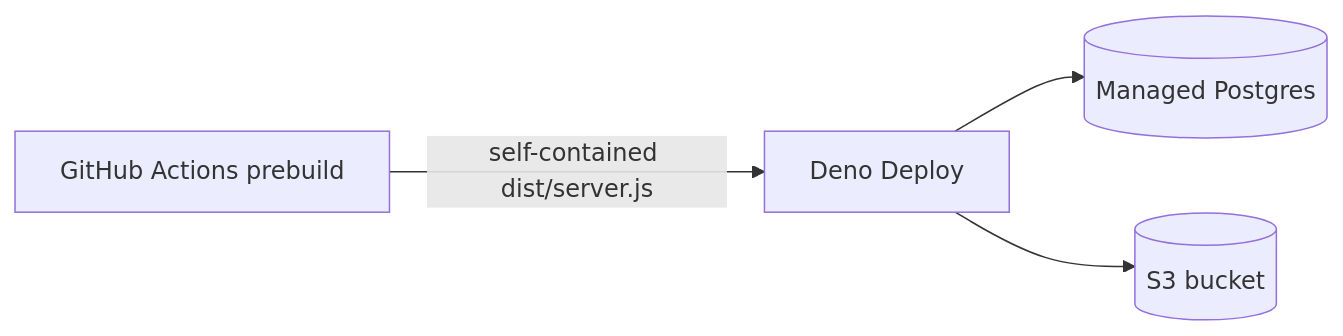
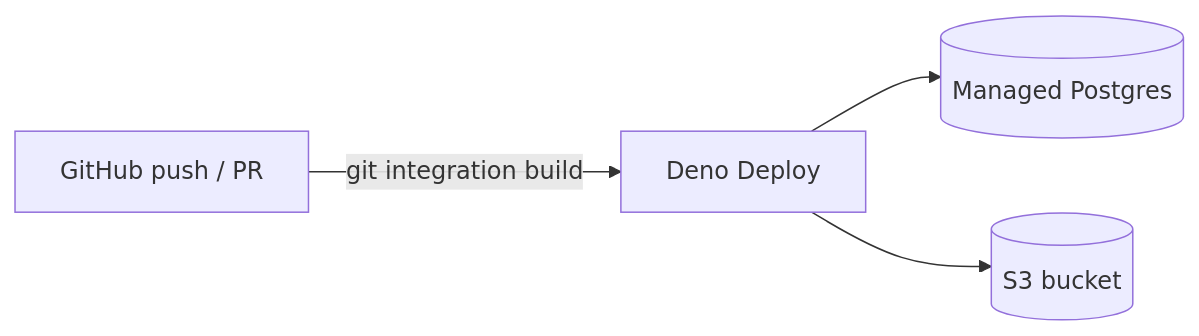
The diagram in packages/api-node/README.md (tojemoc/vmp), drawn with Mermaid before and after one commit. The commit also changed other lines of this file and 7 other files, not shown here.

````diff
--- a/packages/api-node/README.md
+++ b/packages/api-node/README.md
@@ -48,10 +51,10 @@
 ```mermaid
 flowchart LR
-  GHA[GitHub Actions prebuild]
+  GH[GitHub push / PR]
   DD[Deno Deploy]
   PG[(Managed Postgres)]
   S3[(S3 bucket)]
-  GHA -->|self-contained dist/server.js| DD
+  GH -->|git integration build| DD
   DD --> PG
   DD --> S3
 ```
````
